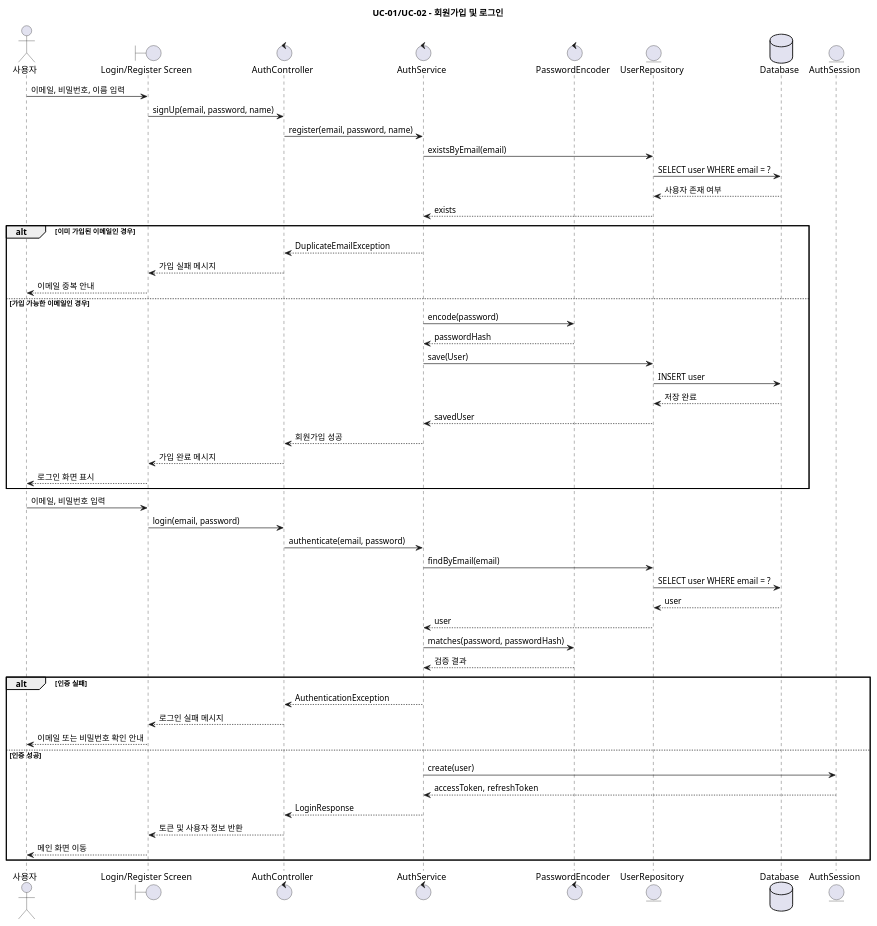
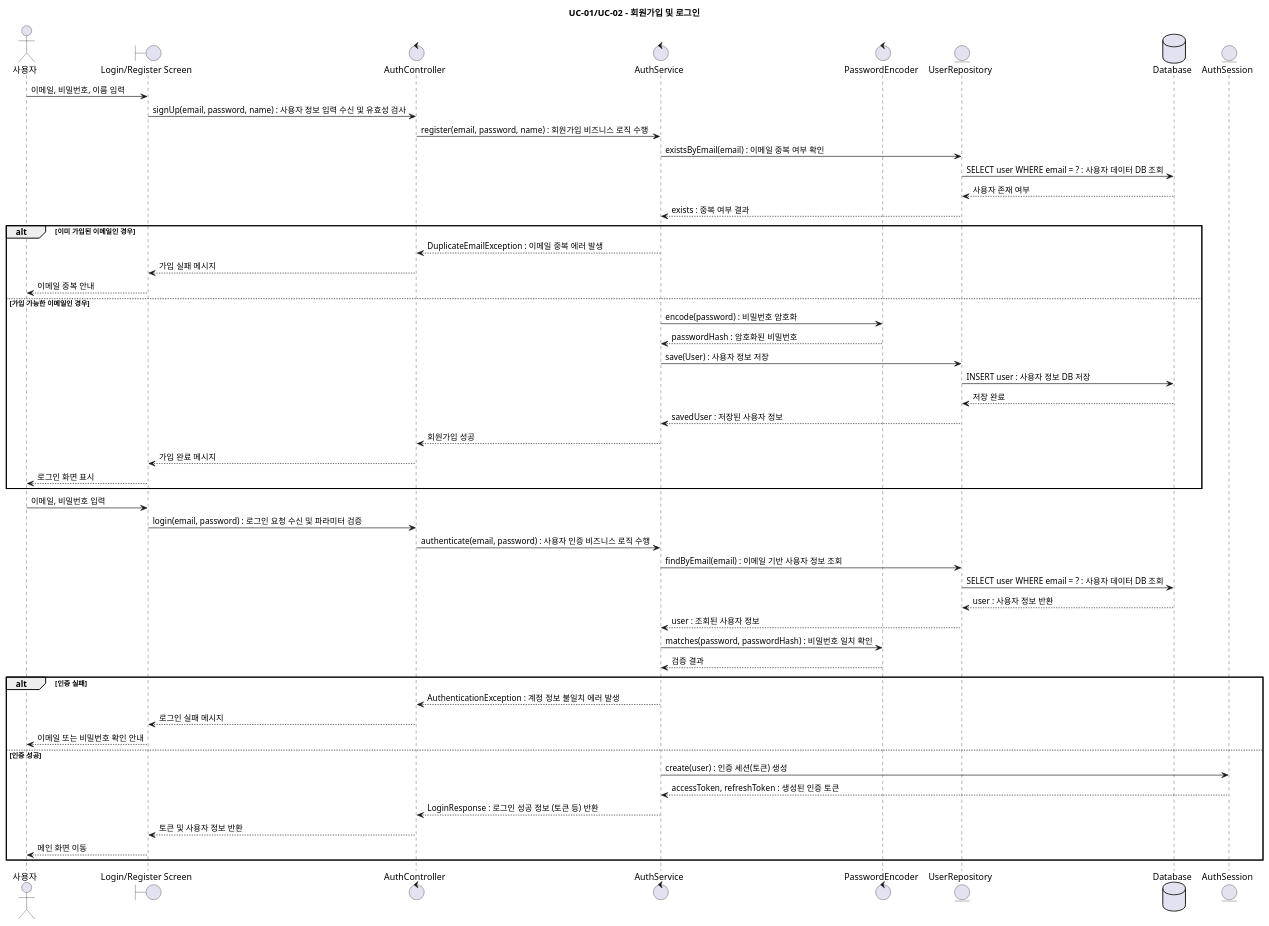
Before and after one commit to jeongiryang/SoftwareEngineering_team15_project_-Smart-Edu-Platform: the first of 15 diagrams in docs/design/plantuml/sequence-diagrams.puml, drawn with PlantUML. The commit also changed other lines of this file and 18 other files, not shown here.

```diff
--- a/docs/design/plantuml/sequence-diagrams.puml
+++ b/docs/design/plantuml/sequence-diagrams.puml
@@ -1,59 +1,59 @@
 @startuml UC01-02_SignUpLogin
 title UC-01/UC-02 - 회원가입 및 로그인
 
 actor "사용자" as User
 boundary "Login/Register Screen" as UI
 control "AuthController" as AuthController
 control "AuthService" as AuthService
 control "PasswordEncoder" as PasswordEncoder
 entity "UserRepository" as UserRepository
 database "Database" as DB
 entity "AuthSession" as AuthSession
 
 User -> UI: 이메일, 비밀번호, 이름 입력
-UI -> AuthController: signUp(email, password, name)
-AuthController -> AuthService: register(email, password, name)
-AuthService -> UserRepository: existsByEmail(email)
-UserRepository -> DB: SELECT user WHERE email = ?
+UI -> AuthController: signUp(email, password, name) : 사용자 정보 입력 수신 및 유효성 검사
+AuthController -> AuthService: register(email, password, name) : 회원가입 비즈니스 로직 수행
+AuthService -> UserRepository: existsByEmail(email) : 이메일 중복 여부 확인
+UserRepository -> DB: SELECT user WHERE email = ? : 사용자 데이터 DB 조회
 DB --> UserRepository: 사용자 존재 여부
-UserRepository --> AuthService: exists
+UserRepository --> AuthService: exists : 중복 여부 결과
 
 alt 이미 가입된 이메일인 경우
-  AuthService --> AuthController: DuplicateEmailException
+  AuthService --> AuthController: DuplicateEmailException : 이메일 중복 에러 발생
   AuthController --> UI: 가입 실패 메시지
   UI --> User: 이메일 중복 안내
 else 가입 가능한 이메일인 경우
-  AuthService -> PasswordEncoder: encode(password)
-  PasswordEncoder --> AuthService: passwordHash
-  AuthService -> UserRepository: save(User)
-  UserRepository -> DB: INSERT user
+  AuthService -> PasswordEncoder: encode(password) : 비밀번호 암호화
+  PasswordEncoder --> AuthService: passwordHash : 암호화된 비밀번호
+  AuthService -> UserRepository: save(User) : 사용자 정보 저장
+  UserRepository -> DB: INSERT user : 사용자 정보 DB 저장
   DB --> UserRepository: 저장 완료
-  UserRepository --> AuthService: savedUser
+  UserRepository --> AuthService: savedUser : 저장된 사용자 정보
   AuthService --> AuthController: 회원가입 성공
   AuthController --> UI: 가입 완료 메시지
   UI --> User: 로그인 화면 표시
 end
 
 User -> UI: 이메일, 비밀번호 입력
-UI -> AuthController: login(email, password)
-AuthController -> AuthService: authenticate(email, password)
-AuthService -> UserRepository: findByEmail(email)
-UserRepository -> DB: SELECT user WHERE email = ?
-DB --> UserRepository: user
-UserRepository --> AuthService: user
-AuthService -> PasswordEncoder: matches(password, passwordHash)
+UI -> AuthController: login(email, password) : 로그인 요청 수신 및 파라미터 검증
+AuthController -> AuthService: authenticate(email, password) : 사용자 인증 비즈니스 로직 수행
+AuthService -> UserRepository: findByEmail(email) : 이메일 기반 사용자 정보 조회
+UserRepository -> DB: SELECT user WHERE email = ? : 사용자 데이터 DB 조회
+DB --> UserRepository: user : 사용자 정보 반환
+UserRepository --> AuthService: user : 조회된 사용자 정보
+AuthService -> PasswordEncoder: matches(password, passwordHash) : 비밀번호 일치 확인
 PasswordEncoder --> AuthService: 검증 결과
 
 alt 인증 실패
-  AuthService --> AuthController: AuthenticationException
+  AuthService --> AuthController: AuthenticationException : 계정 정보 불일치 에러 발생
   AuthController --> UI: 로그인 실패 메시지
   UI --> User: 이메일 또는 비밀번호 확인 안내
 else 인증 성공
-  AuthService -> AuthSession: create(user)
-  AuthSession --> AuthService: accessToken, refreshToken
-  AuthService --> AuthController: LoginResponse
+  AuthService -> AuthSession: create(user) : 인증 세션(토큰) 생성
+  AuthSession --> AuthService: accessToken, refreshToken : 생성된 인증 토큰
+  AuthService --> AuthController: LoginResponse : 로그인 성공 정보 (토큰 등) 반환
   AuthController --> UI: 토큰 및 사용자 정보 반환
   UI --> User: 메인 화면 이동
 end
 
 @enduml
```
